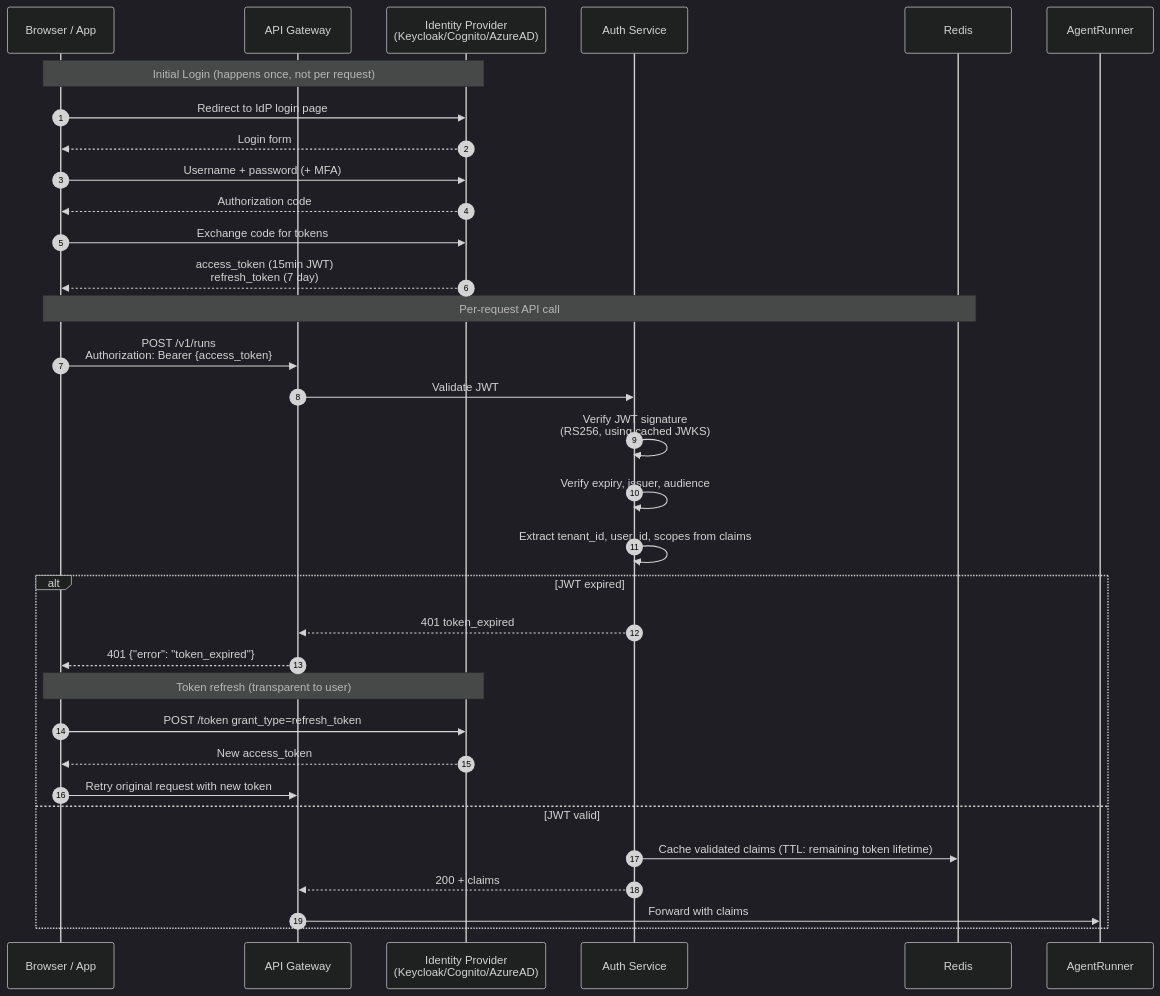
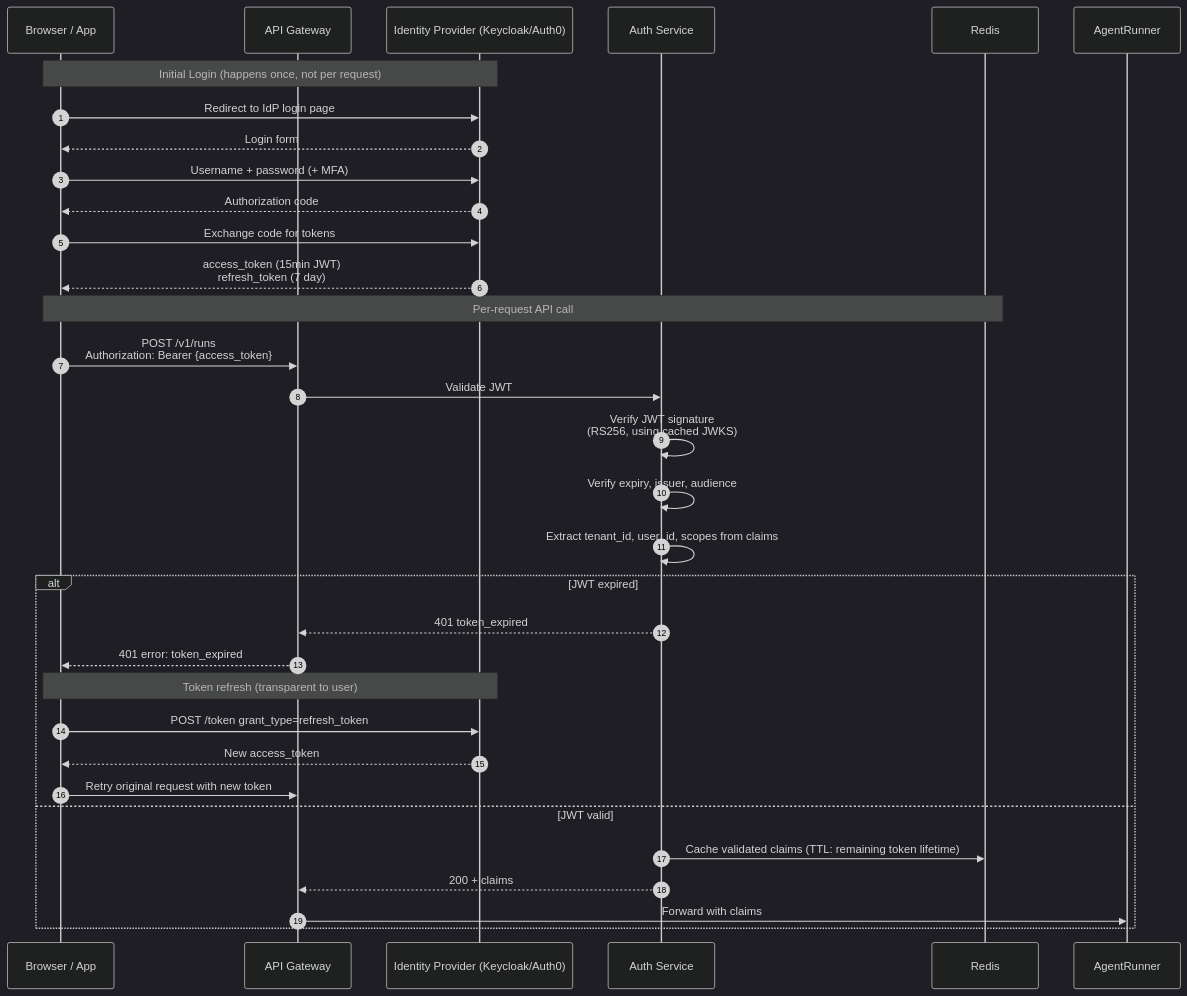
One commit to GVijay456/Test changed the second of 18 diagrams in SEQUENCE_DIAGRAMS.md. Above: the diagram before and after it, drawn with Mermaid (dark theme). The commit also changed other lines of this file and 1 other file, not shown here.

First line of the commit message:
Fix Mermaid sequence diagram rendering issues

````diff
--- a/SEQUENCE_DIAGRAMS.md
+++ b/SEQUENCE_DIAGRAMS.md
@@ -85,41 +85,41 @@
 ```mermaid
 sequenceDiagram
     autonumber
     participant B  as Browser / App
     participant GW as API Gateway
-    participant ID as Identity Provider<br/>(Keycloak/Cognito/AzureAD)
+    participant ID as Identity Provider (Keycloak/Auth0)
     participant AS as Auth Service
     participant RD as Redis
 
     Note over B,ID: Initial Login (happens once, not per request)
     B->>ID: Redirect to IdP login page
     ID-->>B: Login form
     B->>ID: Username + password (+ MFA)
     ID-->>B: Authorization code
 
     B->>ID: Exchange code for tokens
     ID-->>B: access_token (15min JWT)<br/>refresh_token (7 day)
 
     Note over B,RD: Per-request API call
     B->>GW: POST /v1/runs<br/>Authorization: Bearer {access_token}
 
     GW->>AS: Validate JWT
 
     AS->>AS: Verify JWT signature<br/>(RS256, using cached JWKS)
     AS->>AS: Verify expiry, issuer, audience
     AS->>AS: Extract tenant_id, user_id, scopes from claims
 
     alt JWT expired
         AS-->>GW: 401 token_expired
-        GW-->>B: 401 {"error": "token_expired"}
+        GW-->>B: 401 error: token_expired
 
         Note over B,ID: Token refresh (transparent to user)
         B->>ID: POST /token grant_type=refresh_token
         ID-->>B: New access_token
         B->>GW: Retry original request with new token
     else JWT valid
         AS->>RD: Cache validated claims (TTL: remaining token lifetime)
         AS-->>GW: 200 + claims
         GW->>AgentRunner: Forward with claims
     end
 ```
````
